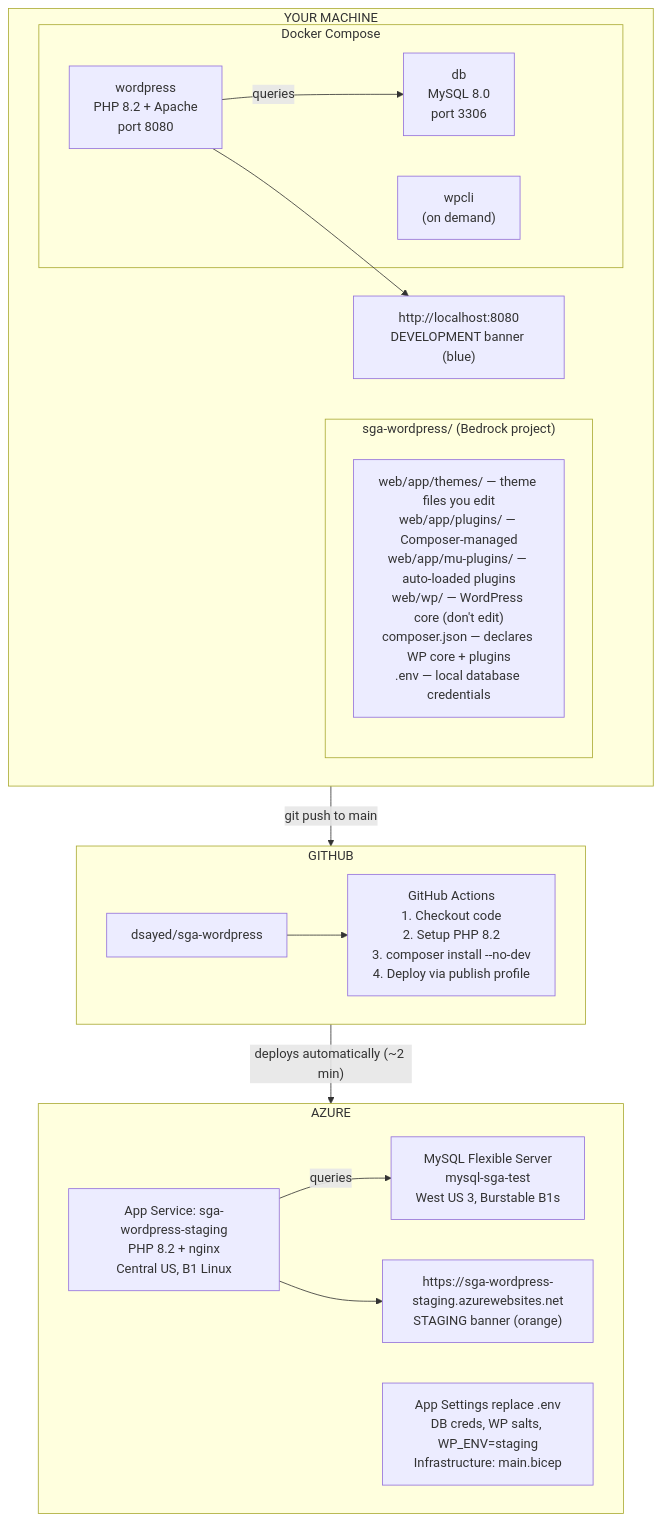
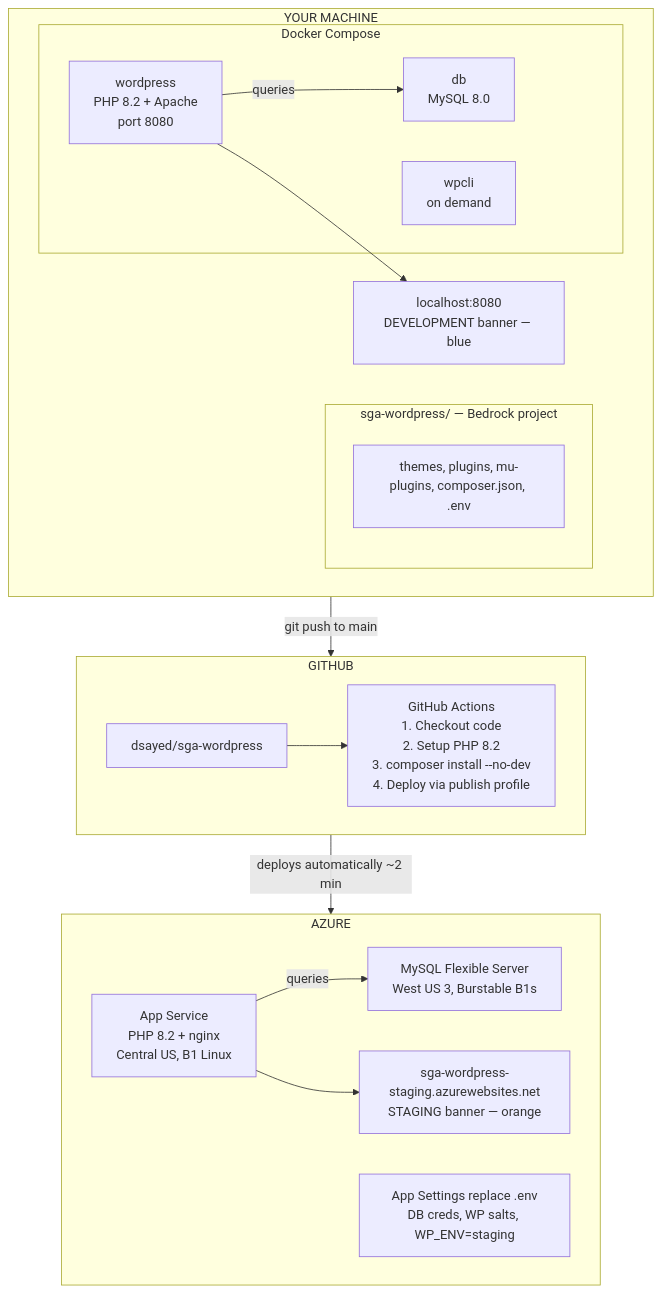
One commit to dsayed/sga-wordpress changed the diagram in README.md. Above: the diagram before and after it, drawn with Mermaid.

Commit message:
docs: fix Mermaid diagram line breaks (use <br/> not \n)

````diff
--- a/README.md
+++ b/README.md
@@ -90,39 +90,34 @@
 ```mermaid
 flowchart TD
     subgraph local["YOUR MACHINE"]
-        subgraph bedrock["sga-wordpress/ (Bedrock project)"]
-            files["web/app/themes/ — theme files you edit
-web/app/plugins/ — Composer-managed
-web/app/mu-plugins/ — auto-loaded plugins
-web/wp/ — WordPress core (don't edit)
-composer.json — declares WP core + plugins
-.env — local database credentials"]
+        subgraph bedrock["sga-wordpress/ — Bedrock project"]
+            files["themes, plugins, mu-plugins, composer.json, .env"]
         end
         subgraph docker["Docker Compose"]
-            db["db\nMySQL 8.0\nport 3306"]
-            wp["wordpress\nPHP 8.2 + Apache\nport 8080"]
-            wpcli["wpcli\n(on demand)"]
+            db["db<br/>MySQL 8.0"]
+            wp["wordpress<br/>PHP 8.2 + Apache<br/>port 8080"]
+            wpcli["wpcli<br/>on demand"]
             wp -->|queries| db
         end
-        localurl["http://localhost:8080\nDEVELOPMENT banner (blue)"]
+        localurl["localhost:8080<br/>DEVELOPMENT banner — blue"]
         wp --> localurl
     end
 
     subgraph github["GITHUB"]
         repo["dsayed/sga-wordpress"]
-        actions["GitHub Actions\n1. Checkout code\n2. Setup PHP 8.2\n3. composer install --no-dev\n4. Deploy via publish profile"]
+        actions["GitHub Actions<br/>1. Checkout code<br/>2. Setup PHP 8.2<br/>3. composer install --no-dev<br/>4. Deploy via publish profile"]
         repo --> actions
     end
 
     subgraph azure["AZURE"]
-        appservice["App Service: sga-wordpress-staging\nPHP 8.2 + nginx\nCentral US, B1 Linux"]
-        mysql["MySQL Flexible Server\nmysql-sga-test\nWest US 3, Burstable B1s"]
+        appservice["App Service<br/>PHP 8.2 + nginx<br/>Central US, B1 Linux"]
+        mysql["MySQL Flexible Server<br/>West US 3, Burstable B1s"]
         appservice -->|queries| mysql
-        azureurl["https://sga-wordpress-staging.azurewebsites.net\nSTAGING banner (orange)"]
+        azureurl["sga-wordpress-staging.azurewebsites.net<br/>STAGING banner — orange"]
         appservice --> azureurl
-        settings["App Settings replace .env\nDB creds, WP salts, WP_ENV=staging\nInfrastructure: main.bicep"]
+        settings["App Settings replace .env<br/>DB creds, WP salts, WP_ENV=staging"]
     end
 
     local -->|"git push to main"| github
-    github -->|"deploys automatically (~2 min)"| azure
+    github -->|"deploys automatically ~2 min"| azure
 ```
````
